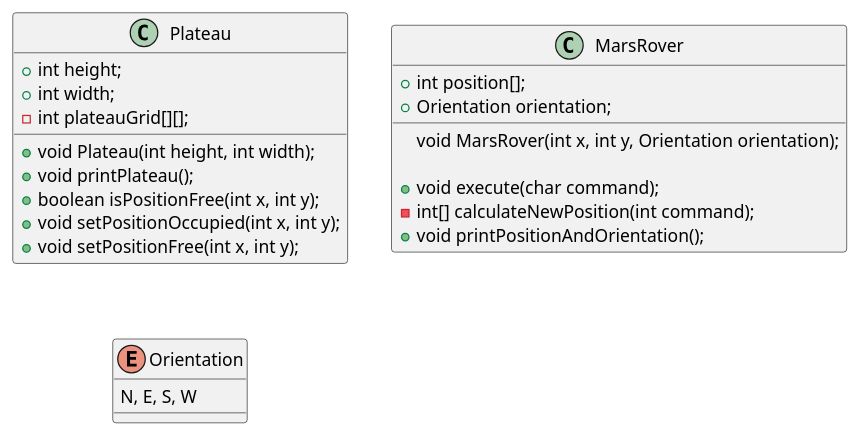
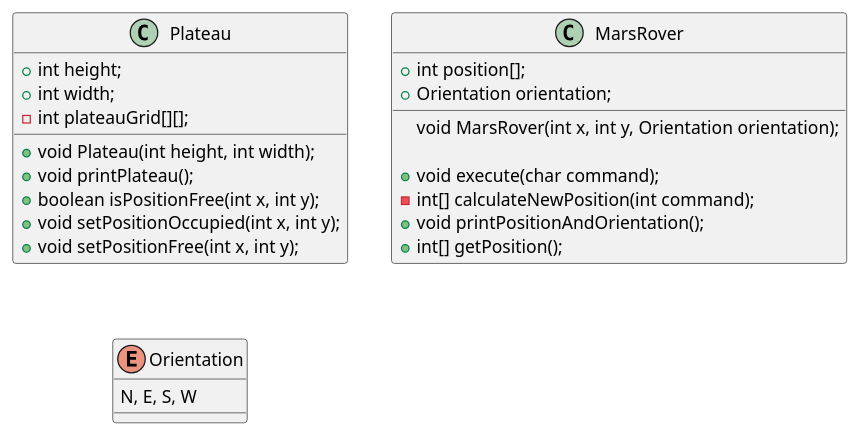
The diagram in MarsRover.puml (MayaVs/MarsRover), drawn with PlantUML before and after one commit. The commit also changed 5 other files, not shown here.

```diff
--- a/MarsRover.puml
+++ b/MarsRover.puml
@@ -1,29 +1,30 @@
 @startuml
 'https://plantuml.com/class-diagram
 
 class Plateau{
     + int height;
     + int width;
     - int plateauGrid[][];
 
     + void Plateau(int height, int width);
     + void printPlateau();
     + boolean isPositionFree(int x, int y);
     + void setPositionOccupied(int x, int y);
     + void setPositionFree(int x, int y);
 }
 
 class MarsRover{
     + int position[];
     + Orientation orientation;
 
     void MarsRover(int x, int y, Orientation orientation);
 
     + void execute(char command);
     - int[] calculateNewPosition(int command);
     + void printPositionAndOrientation();
+    + int[] getPosition();
 }
 enum Orientation{
     N, E, S, W
 }
 @enduml
```
